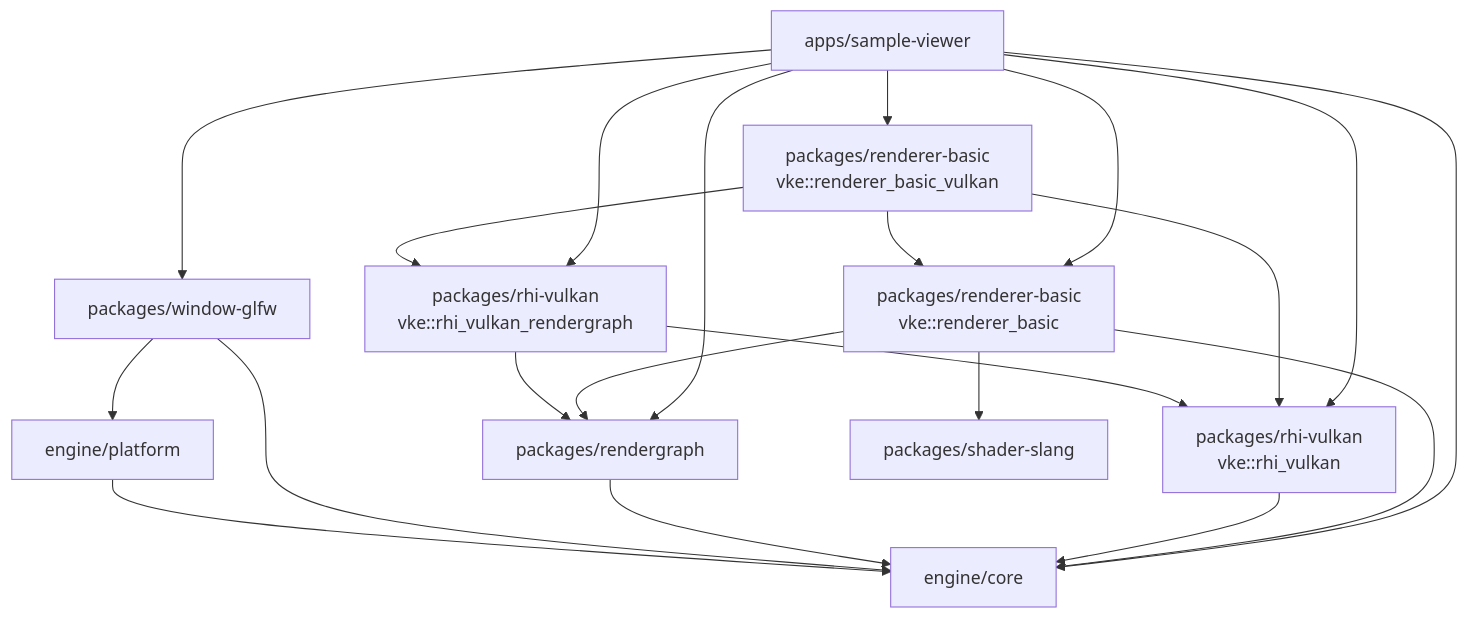
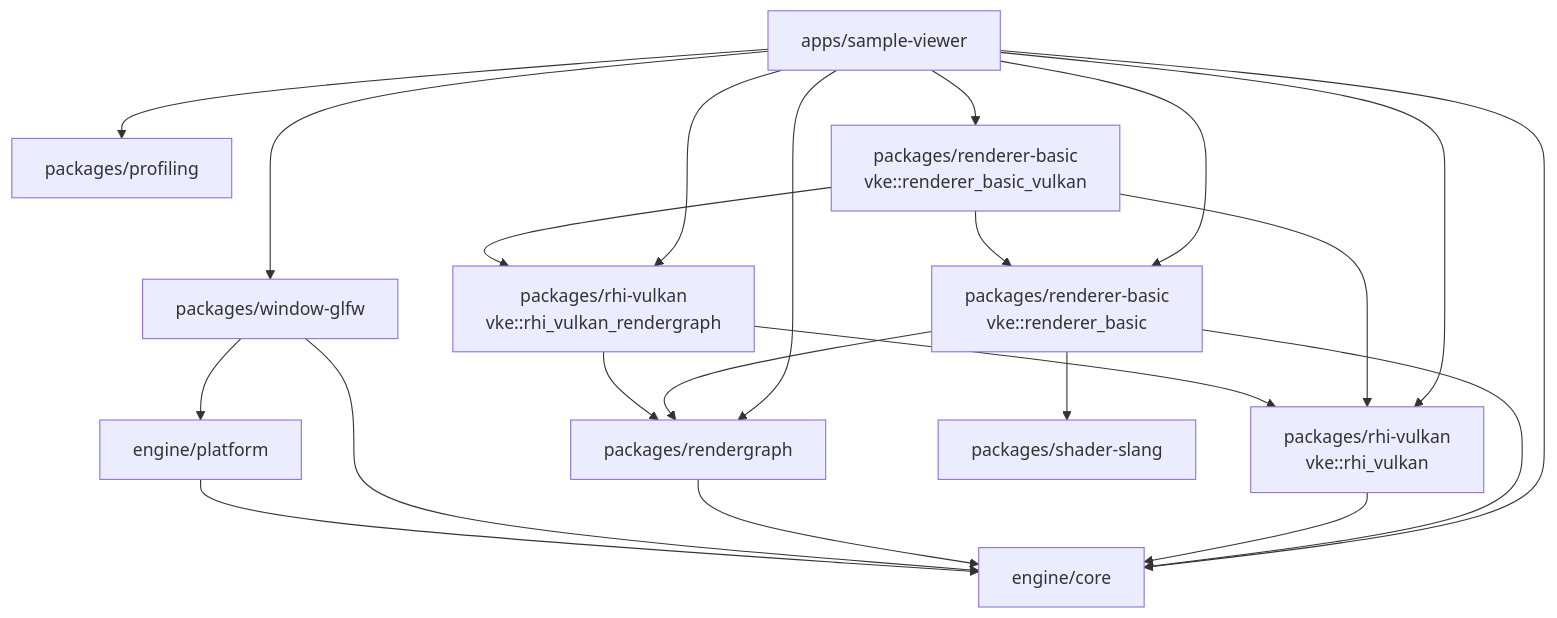
One commit to 66six11/Engine changed the first of 14 diagrams in docs/flow-architecture.md. Above: the diagram before and after it, drawn with Mermaid. The commit also changed other lines of this file and 11 other files, not shown here.

Commit message:
feat(profiling): add render graph benchmark substrate

````diff
--- a/docs/flow-architecture.md
+++ b/docs/flow-architecture.md
@@ -13,34 +13,36 @@
 ```mermaid
 flowchart TD
     App["apps/sample-viewer"]
     Core["engine/core"]
     Platform["engine/platform"]
     Window["packages/window-glfw"]
+    Profiling["packages/profiling"]
     RG["packages/rendergraph"]
     RhiVk["packages/rhi-vulkan<br/>vke::rhi_vulkan"]
     RhiVkRG["packages/rhi-vulkan<br/>vke::rhi_vulkan_rendergraph"]
     Renderer["packages/renderer-basic<br/>vke::renderer_basic"]
     RendererVk["packages/renderer-basic<br/>vke::renderer_basic_vulkan"]
     Shader["packages/shader-slang"]
 
     Platform --> Core
     Window --> Core
     Window --> Platform
     RG --> Core
     RhiVk --> Core
     RhiVkRG --> RhiVk
     RhiVkRG --> RG
     Renderer --> Core
     Renderer --> RG
     Renderer --> Shader
     RendererVk --> Renderer
     RendererVk --> RhiVk
     RendererVk --> RhiVkRG
     App --> Core
+    App --> Profiling
     App --> Window
     App --> RG
     App --> RhiVk
     App --> RhiVkRG
     App --> Renderer
     App --> RendererVk
 ```
````
